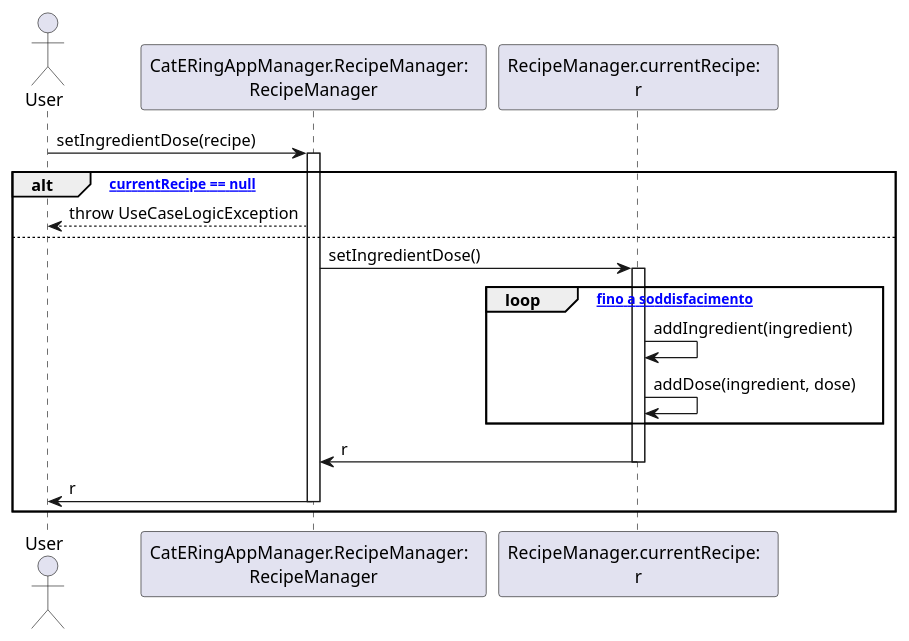
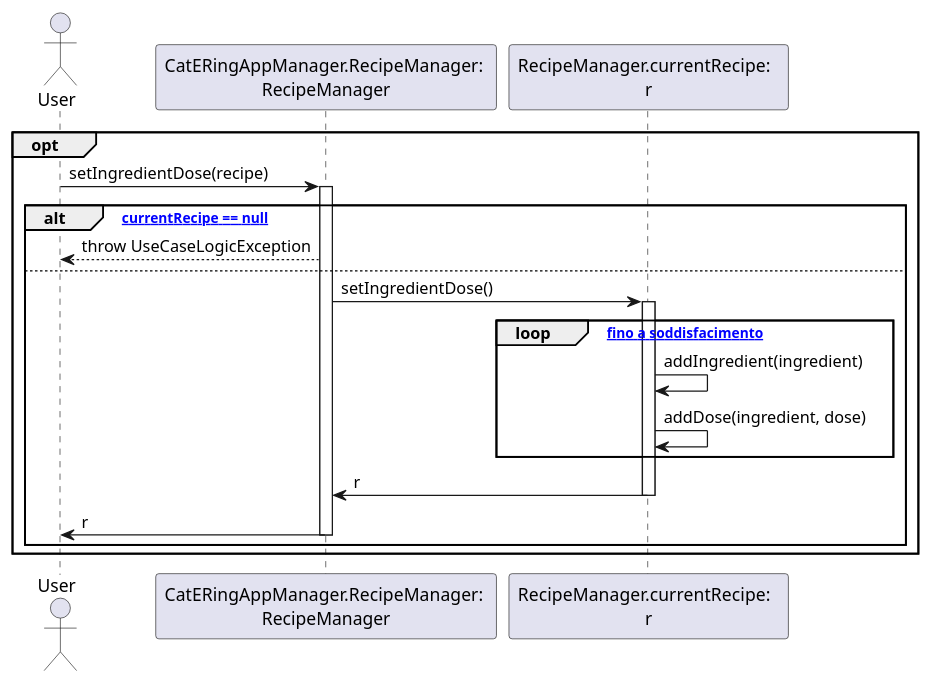
One commit to m0canu1/sas changed the diagram in dsd/dsd-ricette/3-setIngredientDose.md. Above: the diagram before and after it, drawn with PlantUML. The commit also changed 1 other file, not shown here.

````diff
--- a/dsd/dsd-ricette/3-setIngredientDose.md
+++ b/dsd/dsd-ricette/3-setIngredientDose.md
@@ -1,23 +1,25 @@
 ```plantuml
 Actor User
-Participant "CatERingAppManager.RecipeManager:  \nRecipeManager"
-Participant "RecipeManager.currentRecipe:  \nr"
+Participant "CatERingAppManager.RecipeManager: \nRecipeManager" as RM
+Participant "RecipeManager.currentRecipe:  \nr" as CR
 
-User -> "CatERingAppManager.RecipeManager:  \nRecipeManager": setIngredientDose(recipe)
-Activate "CatERingAppManager.RecipeManager:  \nRecipeManager"
+opt
+	User -> RM: setIngredientDose(recipe)
+	Activate RM
 
-alt ["currentRecipe == null"]
-	"CatERingAppManager.RecipeManager:  \nRecipeManager" --> User: throw UseCaseLogicException
-else 
-	"CatERingAppManager.RecipeManager:  \nRecipeManager" -> "RecipeManager.currentRecipe:  \nr": setIngredientDose()
-	Activate "RecipeManager.currentRecipe:  \nr"
-	loop ["fino a soddisfacimento"]
-		"RecipeManager.currentRecipe:  \nr" -> "RecipeManager.currentRecipe:  \nr": addIngredient(ingredient)
-		"RecipeManager.currentRecipe:  \nr" -> "RecipeManager.currentRecipe:  \nr": addDose(ingredient, dose)
+	alt ["currentRecipe == null"]
+		RM --> User: throw UseCaseLogicException
+	else 
+		RM -> CR: setIngredientDose()
+		Activate CR
+		loop ["fino a soddisfacimento"]
+			CR -> CR: addIngredient(ingredient)
+			CR -> CR: addDose(ingredient, dose)
+		end
+		CR -> RM: r
+		Deactivate CR
+		RM -> User: r
+		Deactivate RM
 	end
-	"RecipeManager.currentRecipe:  \nr" -> "CatERingAppManager.RecipeManager:  \nRecipeManager": r
-	Deactivate "RecipeManager.currentRecipe:  \nr"
-	"CatERingAppManager.RecipeManager:  \nRecipeManager" -> User: r
-	Deactivate "CatERingAppManager.RecipeManager:  \nRecipeManager"
 end
 ```
````
